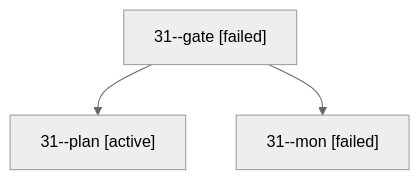
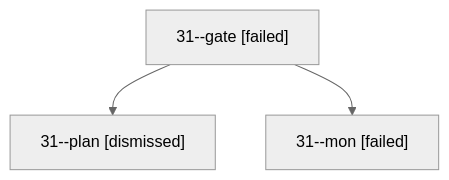
One commit to bobs-org/bob-cli--agents changed the diagram in sessions/bbugyi200.apollo.31.md. Above: the diagram before and after it, drawn with Mermaid (neutral theme). The commit also changed other lines of this file and 17 other files, not shown here.

````diff
--- a/sessions/bbugyi200.apollo.31.md
+++ b/sessions/bbugyi200.apollo.31.md
@@ -9,8 +9,8 @@
 ```mermaid
 flowchart TD
   n0["31--gate [failed]"]
-  n1["31--plan [active]"]
+  n1["31--plan [dismissed]"]
   n0 --> n1
   n2["31--mon [failed]"]
   n0 --> n2
 ```
````
